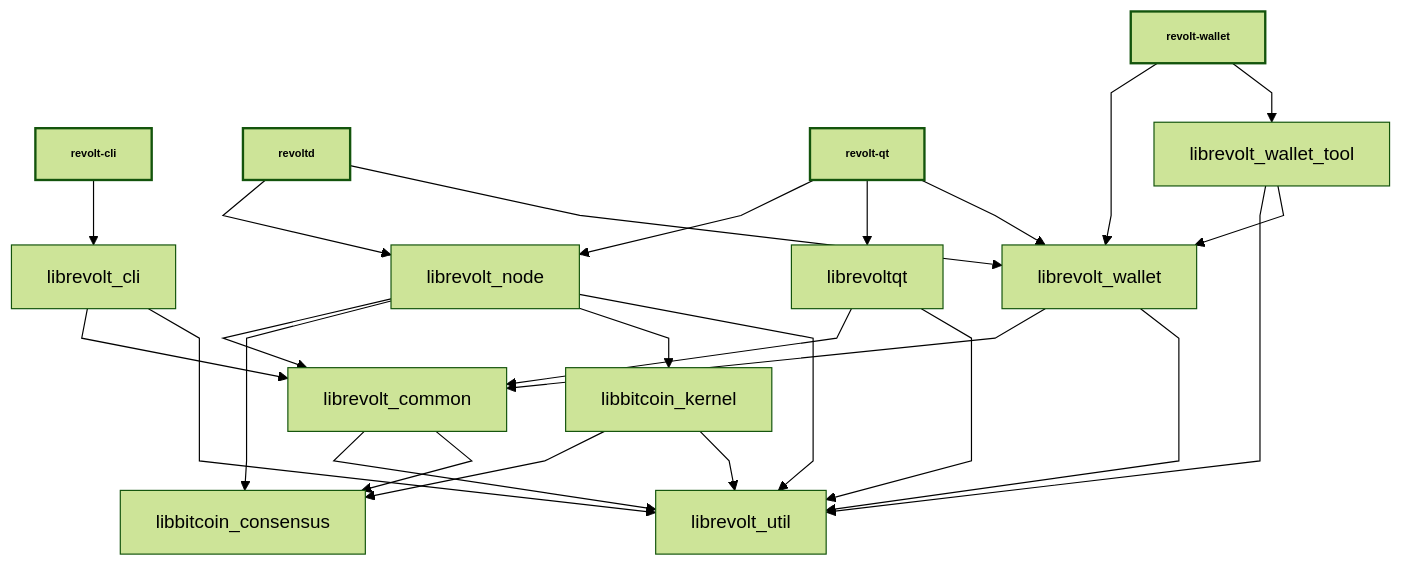
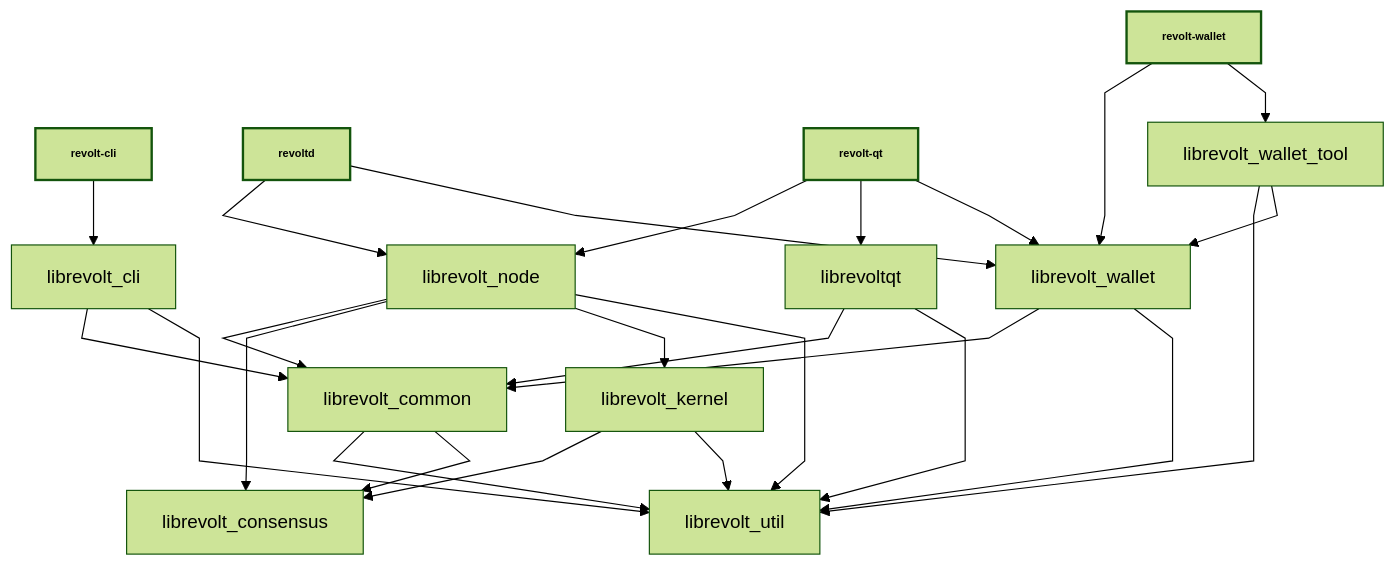
One commit to Chres-SC/bitcoin changed the diagram in doc/design/libraries.md. Above: the diagram before and after it, drawn with Mermaid (forest theme). The commit also changed other lines of this file and 69 other files, not shown here.

````diff
--- a/doc/design/libraries.md
+++ b/doc/design/libraries.md
@@ -36,44 +36,44 @@
 ```mermaid
 
 %%{ init : { "flowchart" : { "curve" : "linear" }}}%%
 
 graph TD;
 
 revolt-cli[revolt-cli]-->librevolt_cli;
 
 revoltd[revoltd]-->librevolt_node;
 revoltd[revoltd]-->librevolt_wallet;
 
 revolt-qt[revolt-qt]-->librevolt_node;
 revolt-qt[revolt-qt]-->librevoltqt;
 revolt-qt[revolt-qt]-->librevolt_wallet;
 
 revolt-wallet[revolt-wallet]-->librevolt_wallet;
 revolt-wallet[revolt-wallet]-->librevolt_wallet_tool;
 
 librevolt_cli-->librevolt_common;
 librevolt_cli-->librevolt_util;
 
 librevolt_common-->librevolt_util;
-librevolt_common-->libbitcoin_consensus;
+librevolt_common-->librevolt_consensus;
 
-libbitcoin_kernel-->libbitcoin_consensus;
-libbitcoin_kernel-->librevolt_util;
+librevolt_kernel-->librevolt_consensus;
+librevolt_kernel-->librevolt_util;
 
 librevolt_node-->librevolt_common;
-librevolt_node-->libbitcoin_consensus;
-librevolt_node-->libbitcoin_kernel;
+librevolt_node-->librevolt_consensus;
+librevolt_node-->librevolt_kernel;
 librevolt_node-->librevolt_util;
 
 librevoltqt-->librevolt_common;
 librevoltqt-->librevolt_util;
 
 librevolt_wallet-->librevolt_common;
 librevolt_wallet-->librevolt_util;
 
 librevolt_wallet_tool-->librevolt_util;
 librevolt_wallet_tool-->librevolt_wallet;
 
 classDef bold stroke-width:2px, font-weight:bold, font-size: smaller;
 class revolt-qt,revoltd,revolt-cli,revolt-wallet bold
 ```
````
